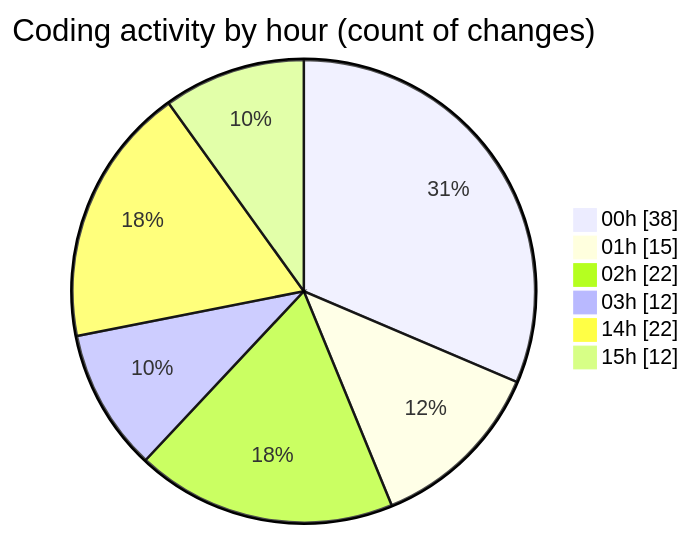
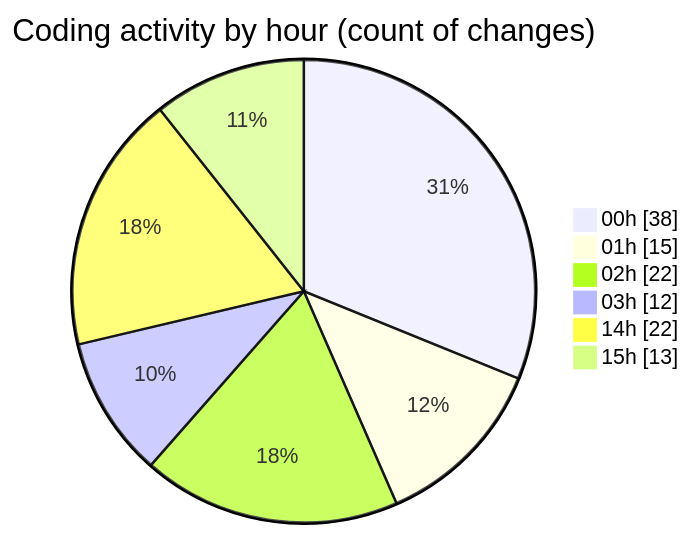
The second of 2 diagrams in 2025-03-08/uber_clone/README.md (donsfak/code-tracking), drawn with Mermaid before and after one commit. The commit also changed other lines of this file and 1 other file, not shown here.

````diff
--- a/2025-03-08/uber_clone/README.md
+++ b/2025-03-08/uber_clone/README.md
@@ -34,10 +34,10 @@
 ```mermaid
 pie showData
 title Coding activity by hour (count of changes)
 "00h" : 38
 "01h" : 15
 "02h" : 22
 "03h" : 12
 "14h" : 22
-"15h" : 12
+"15h" : 13
 ```
````
